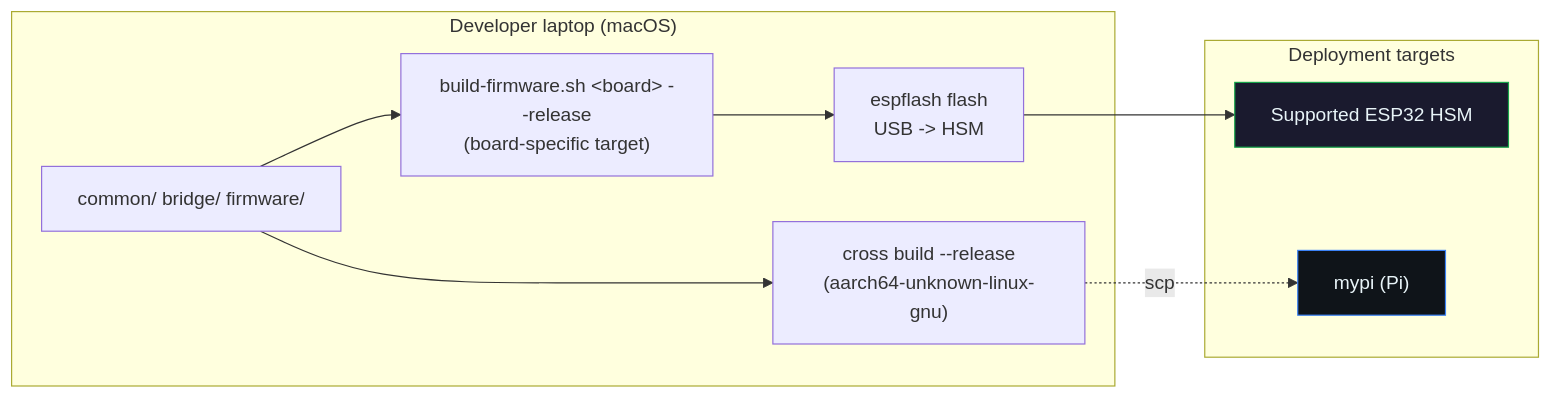
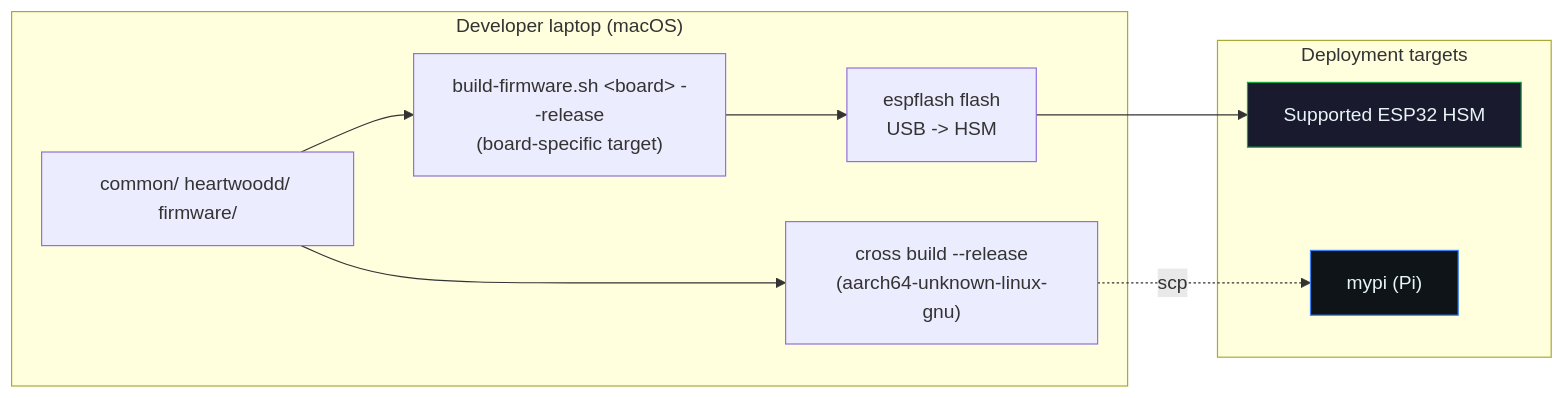
Before and after one commit to forgesworn/heartwood-esp32: the fifth of 5 diagrams in docs/architecture.md, drawn with Mermaid. The commit also changed other lines of this file and 2 other files, not shown here.

Commit message:
docs: fix flash command and button copy; architecture docs follow the heartwoodd rename

````diff
--- a/docs/architecture.md
+++ b/docs/architecture.md
@@ -239,20 +249,20 @@
 ```mermaid
 flowchart LR
     subgraph Dev["Developer laptop (macOS)"]
-        Src["common/ bridge/ firmware/"]
+        Src["common/ heartwoodd/ firmware/"]
         FirmwareBuild["build-firmware.sh &lt;board&gt; --release<br/>(board-specific target)"]
         Cross["cross build --release<br/>(aarch64-unknown-linux-gnu)"]
         Espflash["espflash flash<br/>USB -> HSM"]
     end
 
     subgraph Target["Deployment targets"]
         HSM2["Supported ESP32 HSM"]
         Pi2["mypi (Pi)"]
     end
 
     Src --> FirmwareBuild --> Espflash --> HSM2
     Src --> Cross -.scp.-> Pi2
 
     style HSM2 fill:#1a1a2e,stroke:#16a34a,color:#e8f4f8
     style Pi2 fill:#0f1419,stroke:#3b82f6,color:#e8f4f8
 ```
````
